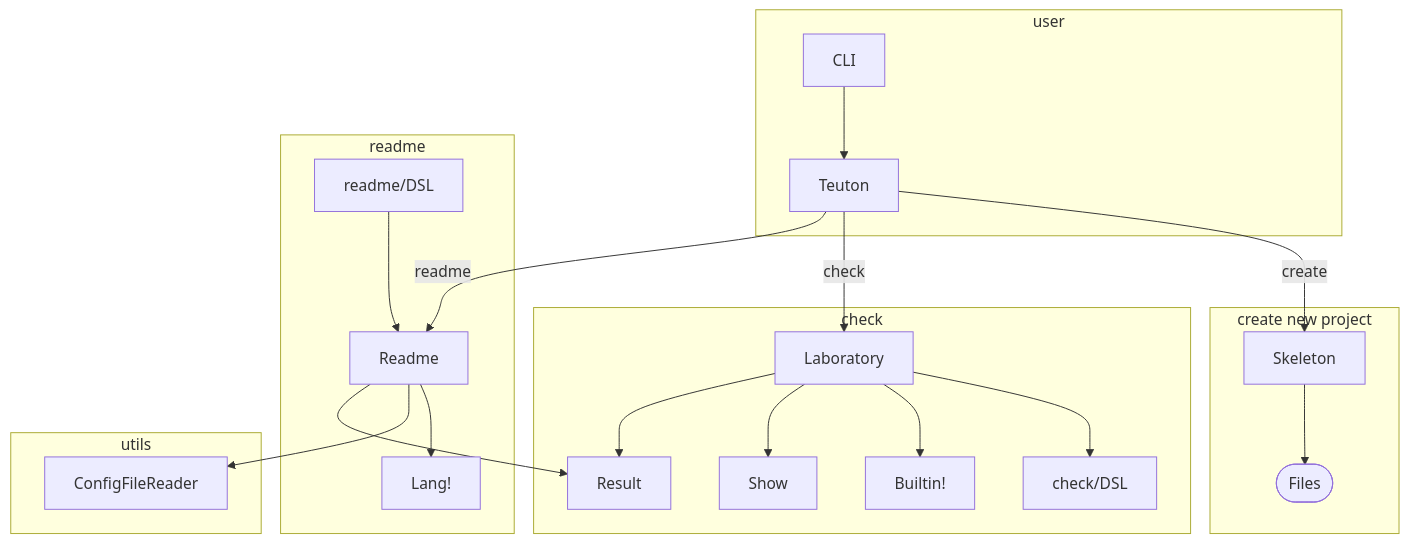
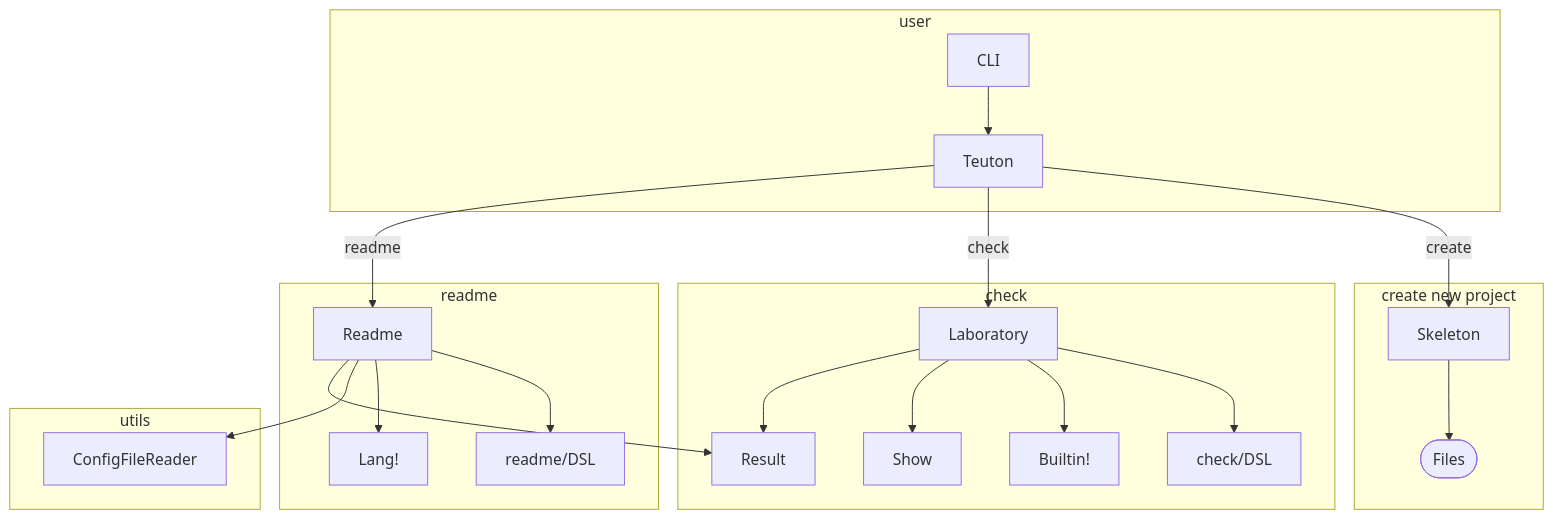
Before and after one commit to teuton-software/teuton: the first of 2 diagrams in docs/diagram.md, drawn with Mermaid.

````diff
--- a/docs/diagram.md
+++ b/docs/diagram.md
@@ -5,33 +5,33 @@
 ```mermaid
 flowchart TB
 
 subgraph user
   CLI --> Teuton
 end
 
 subgraph "create new project"
   Teuton -- create --> Skeleton
   Skeleton --> Files([Files])
 end
 
 subgraph check
   Teuton -- check --> Laboratory
 
   Laboratory --> check/DSL
   Laboratory --> Builtin!
   Laboratory --> Show
   Laboratory --> Result
 end
 
 subgraph readme
   Teuton -- readme --> Readme
 
-  readme/DSL --> Readme
+  Readme --> readme/DSL
   Readme --> Lang!  
 end
 
 subgraph utils
   Readme --> ConfigFileReader
   Readme --> Result
 end
 ```
````
